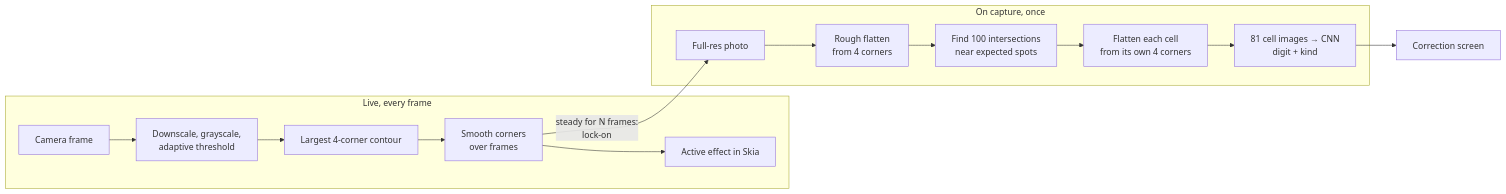
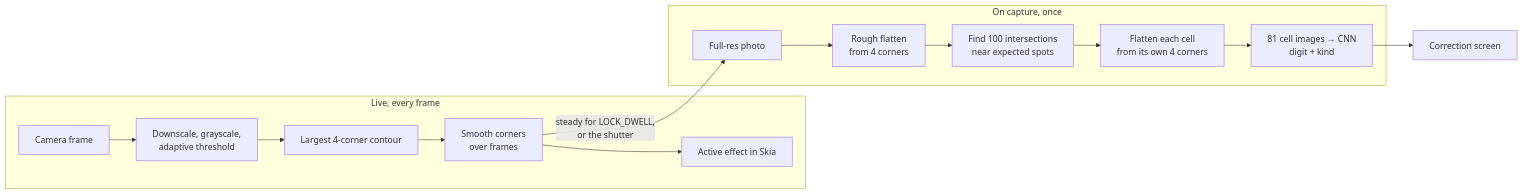
One commit to vandemaelefelix/sudoku changed the diagram in docs/architecture/00-concepts/scan-pipeline.md. Above: the diagram before and after it, drawn with Mermaid. The commit also changed other lines of this file and 3 other files, not shown here.

First line of the commit message:
docs: add the capture flow design and the lock-on rule (#5)

````diff
--- a/docs/architecture/00-concepts/scan-pipeline.md
+++ b/docs/architecture/00-concepts/scan-pipeline.md
@@ -27,17 +27,17 @@
 ```mermaid
 flowchart LR
     subgraph live["Live, every frame"]
         f["Camera frame"] --> d["Downscale, grayscale,<br>adaptive threshold"]
         d --> q["Largest 4-corner contour"]
         q --> s["Smooth corners<br>over frames"]
         s --> o["Active effect in Skia"]
     end
     subgraph cap["On capture, once"]
         p["Full-res photo"] --> w["Rough flatten<br>from 4 corners"]
         w --> i["Find 100 intersections<br>near expected spots"]
         i --> c["Flatten each cell<br>from its own 4 corners"]
         c --> m["81 cell images → CNN<br>digit + kind"]
     end
-    s -->|steady for N frames:<br>lock-on| p
+    s -->|steady for LOCK_DWELL,<br>or the shutter| p
     m --> r["Correction screen"]
 ```
````
